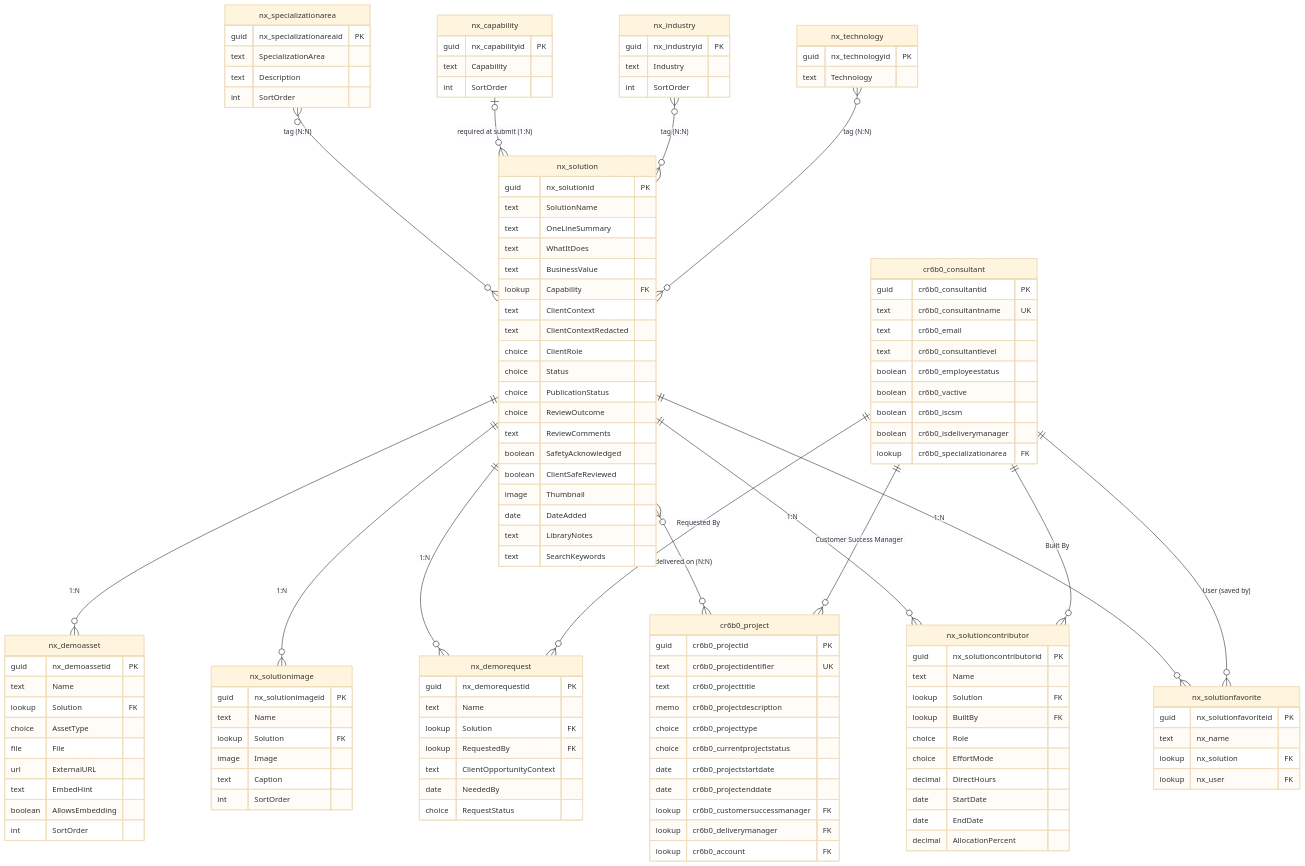
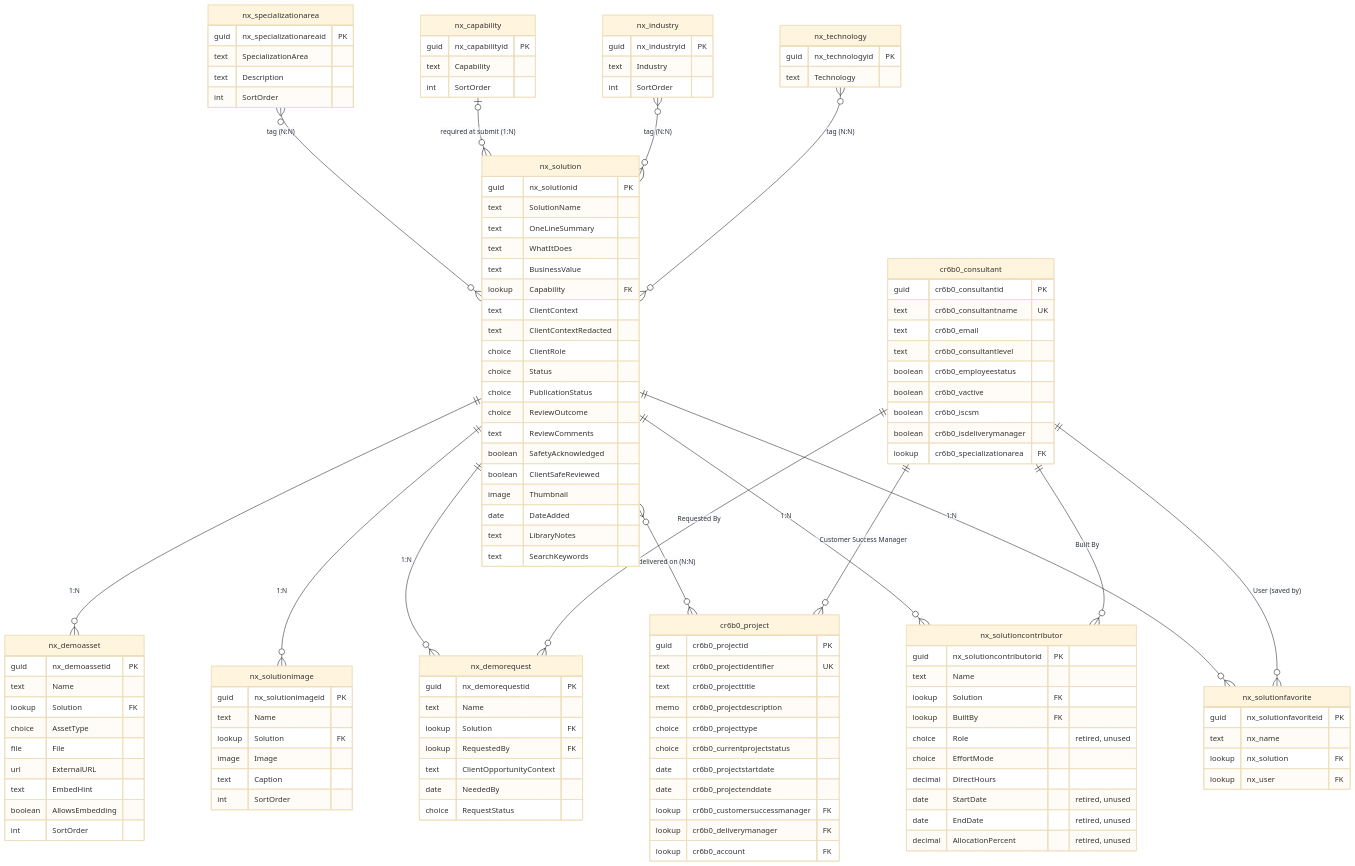
One commit to lpreciado-nextant/PRISMA changed the first of 3 diagrams in docs/data_model/SchemaV2.md. Above: the diagram before and after it, drawn with Mermaid (base theme). The commit also changed other lines of this file and 47 other files, not shown here.

```diff
--- a/docs/data_model/SchemaV2.md
+++ b/docs/data_model/SchemaV2.md
@@ -110,12 +114,12 @@
         text Name
         lookup Solution FK
         lookup BuiltBy FK
-        choice Role
+        choice Role "retired, unused"
         choice EffortMode
         decimal DirectHours
-        date StartDate
-        date EndDate
-        decimal AllocationPercent
+        date StartDate "retired, unused"
+        date EndDate "retired, unused"
+        decimal AllocationPercent "retired, unused"
     }
     nx_capability {
         guid nx_capabilityid PK
```
